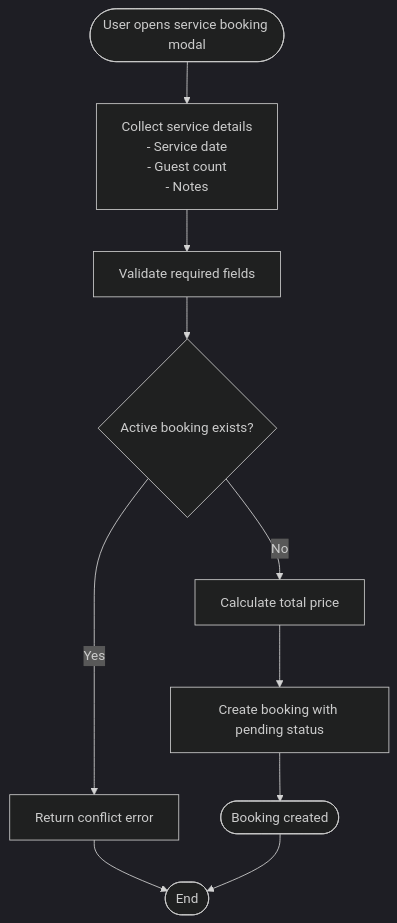
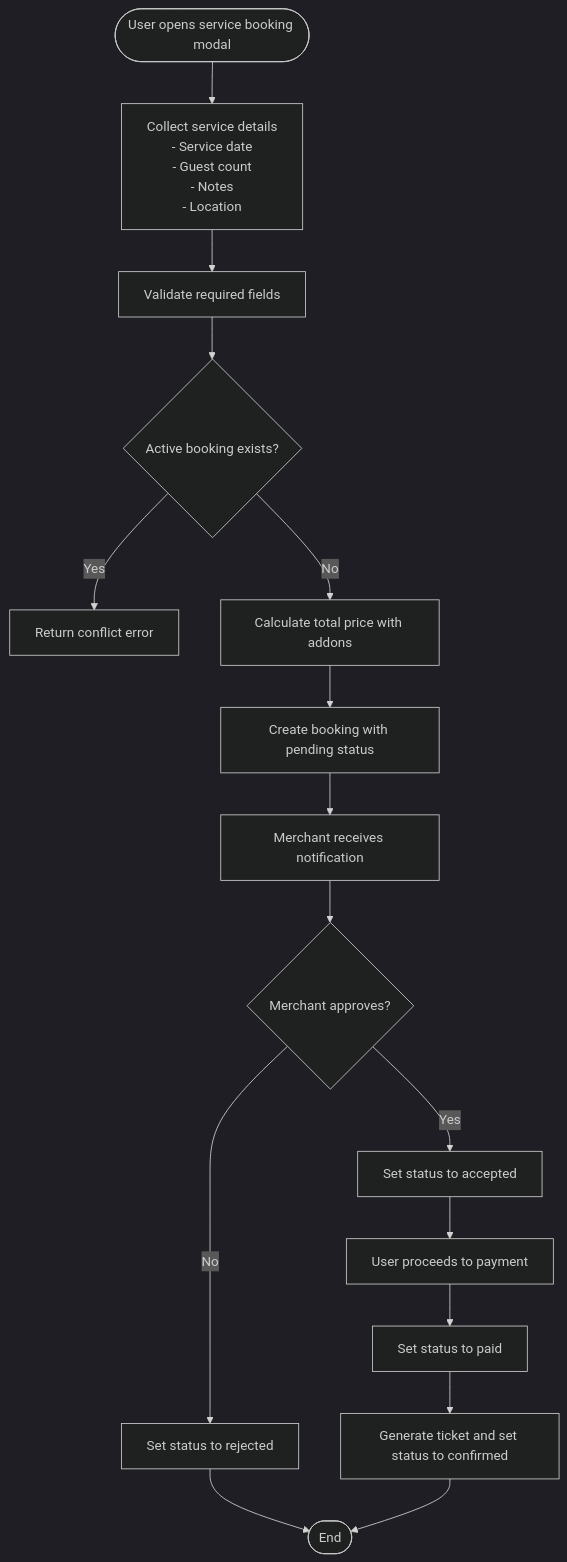
One commit to meghanamallela69-tech/event changed the fifth of 11 diagrams in .qoder/repowiki/en/content/Booking and Payment System/Booking and Payment System.md. Above: the diagram before and after it, drawn with Mermaid (dark theme). The commit also changed other lines of this file and 63 other files, not shown here.

````diff
--- a/.qoder/repowiki/en/content/Booking and Payment System/Booking and Payment System.md
+++ b/.qoder/repowiki/en/content/Booking and Payment System/Booking and Payment System.md
@@ -232,12 +273,18 @@
 ```mermaid
 flowchart TD
-Start(["User opens service booking modal"]) --> Collect["Collect service details<br/>- Service date<br/>- Guest count<br/>- Notes"]
+Start(["User opens service booking modal"]) --> Collect["Collect service details<br/>- Service date<br/>- Guest count<br/>- Notes<br/>- Location"]
 Collect --> Validate["Validate required fields"]
 Validate --> Unique{"Active booking exists?"}
 Unique --> |Yes| Conflict["Return conflict error"]
-Unique --> |No| Calc["Calculate total price"]
+Unique --> |No| Calc["Calculate total price with addons"]
 Calc --> Create["Create booking with pending status"]
-Create --> Success(["Booking created"])
-Conflict --> End(["End"])
-Success --> End
+Create --> Merchant["Merchant receives notification"]
+Merchant --> Approve{"Merchant approves?"}
+Approve --> |Yes| Accepted["Set status to accepted"]
+Approve --> |No| Rejected["Set status to rejected"]
+Accepted --> Payment["User proceeds to payment"]
+Payment --> Paid["Set status to paid"]
+Paid --> Confirm["Generate ticket and set status to confirmed"]
+Rejected --> End(["End"])
+Confirm --> End
 ```
````
